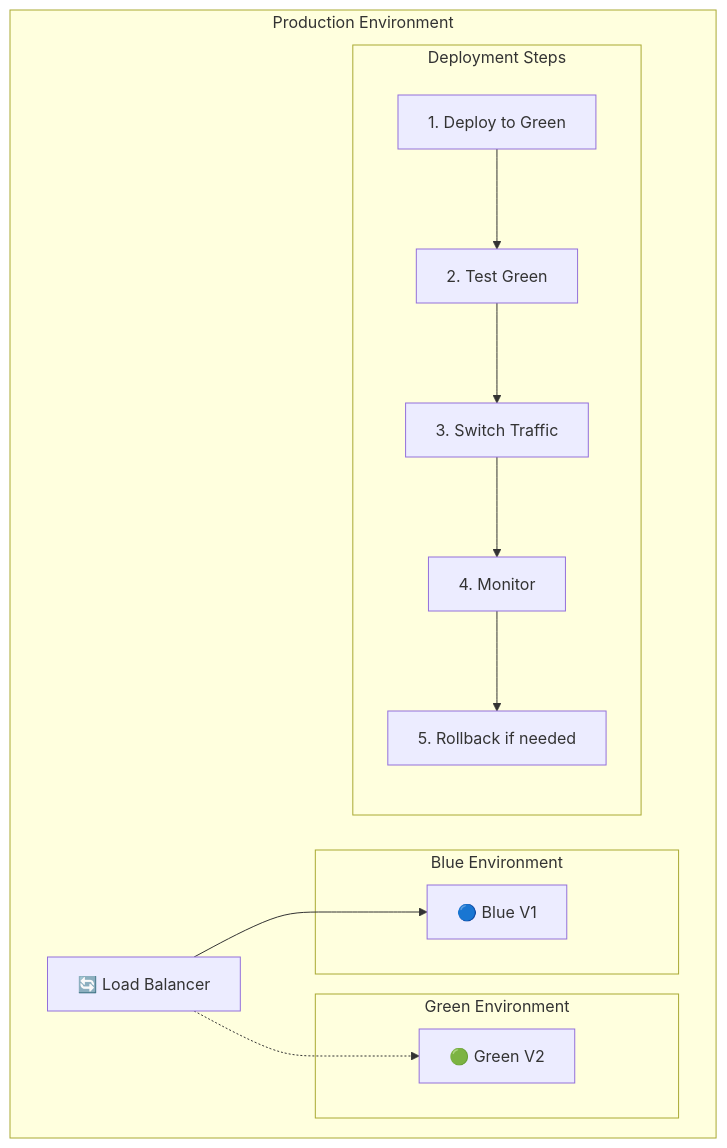
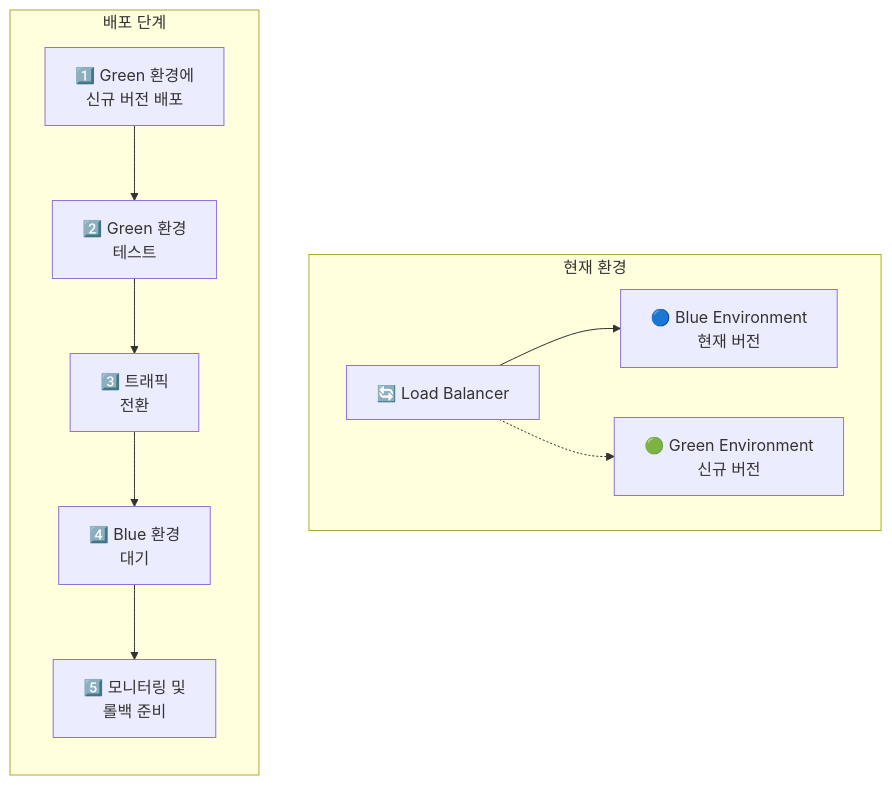
One commit to zinisuni/aiadd changed diagram 19 of 22 in docs/mermaid.md. Above: the diagram before and after it, drawn with Mermaid. The commit also changed other lines of this file, not shown here.

First line of the commit message:
docs: Mermaid 다이어그램 업데이트 및 배포 전략 개선

````diff
--- a/docs/mermaid.md
+++ b/docs/mermaid.md
@@ -421,27 +410,21 @@
 ```mermaid
 flowchart TB
-    subgraph "Production Environment"
-        direction LR
+    subgraph Current["현재 환경"]
         LB["🔄 Load Balancer"]
+        Blue["🔵 Blue Environment<br/>현재 버전"]
+        Green["🟢 Green Environment<br/>신규 버전"]
+    end
 
-        subgraph "Blue Environment"
-            B1["🔵 Blue V1"]
-        end
+    subgraph Steps["배포 단계"]
+        direction TB
+        Step1["1️⃣ Green 환경에<br/>신규 버전 배포"]
+        Step2["2️⃣ Green 환경<br/>테스트"]
+        Step3["3️⃣ 트래픽<br/>전환"]
+        Step4["4️⃣ Blue 환경<br/>대기"]
+        Step5["5️⃣ 모니터링 및<br/>롤백 준비"]
+    end
 
-        subgraph "Green Environment"
-            G1["🟢 Green V2"]
-        end
-
-        LB --> B1
-        LB -.-> G1
-
-        subgraph "Deployment Steps"
-            direction TB
-            S1["1. Deploy to Green"] -->
-            S2["2. Test Green"] -->
-            S3["3. Switch Traffic"] -->
-            S4["4. Monitor"] -->
-            S5["5. Rollback if needed"]
-        end
-    end
+    LB --> Blue
+    LB -.-> Green
+    Step1 --> Step2 --> Step3 --> Step4 --> Step5
 ```
````
